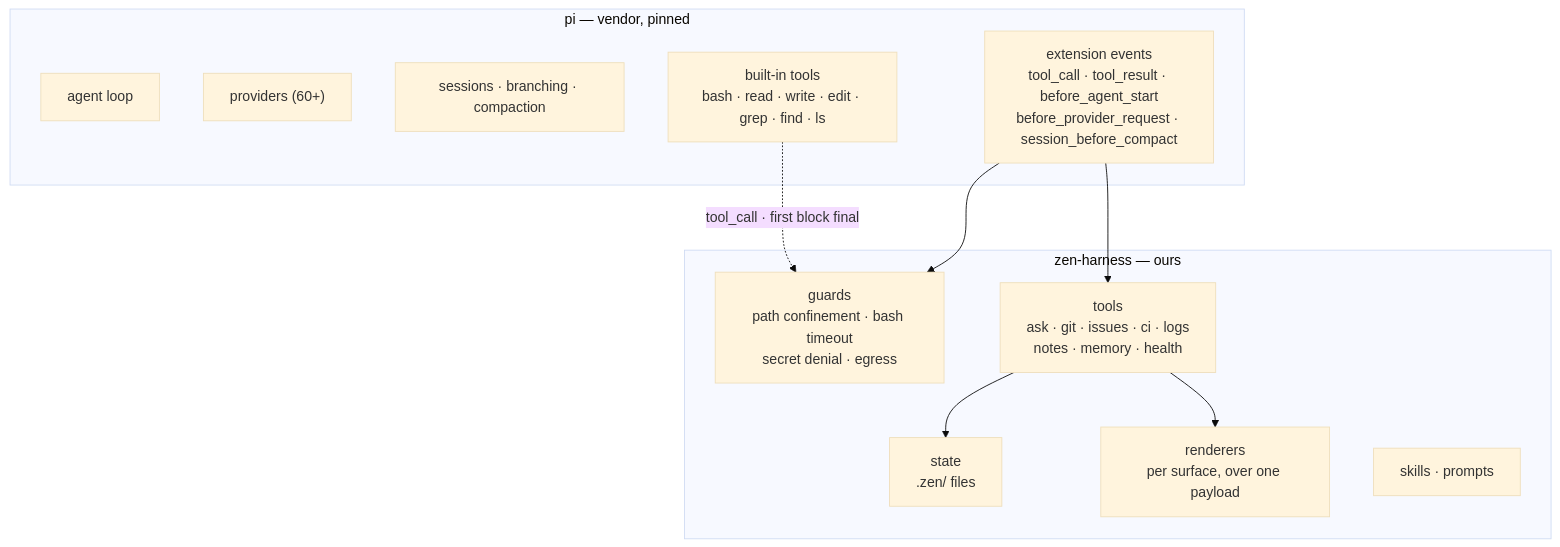
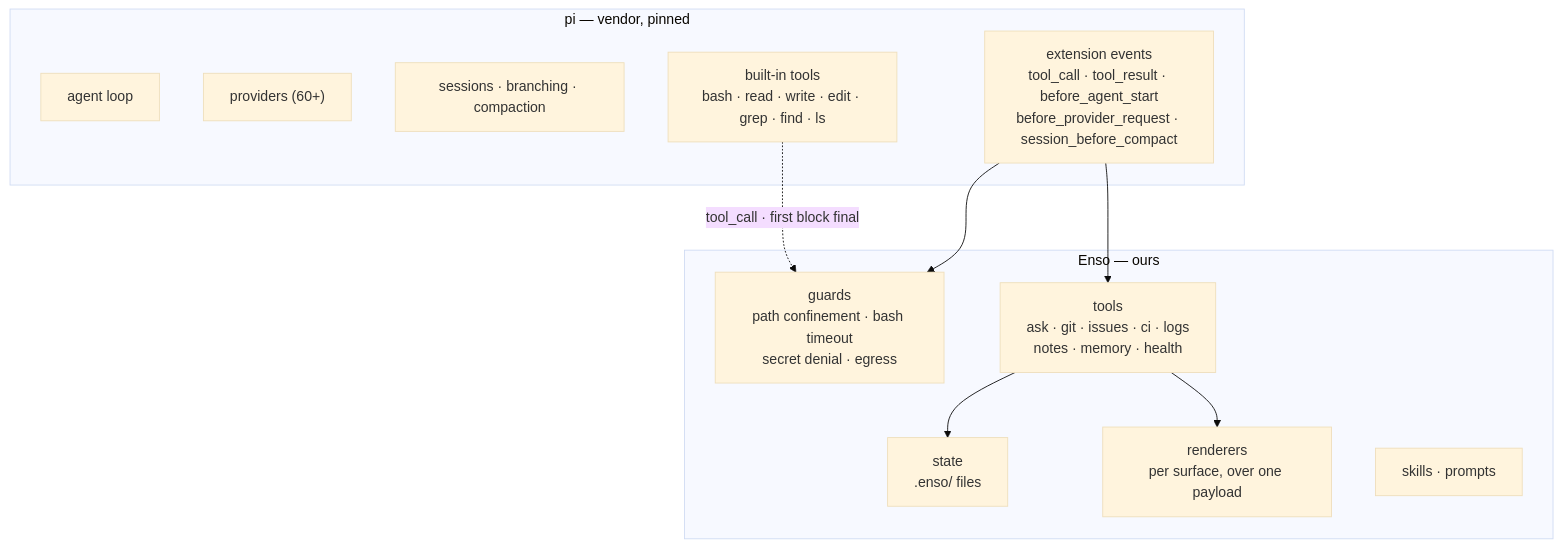
Before and after one commit to dopamine911/enso-harness: the second of 6 diagrams in docs/architecture.md, drawn with Mermaid (base theme). The commit also changed other lines of this file and 221 other files, not shown here.

First line of the commit message:
zen-harness is Enso

````diff
--- a/docs/architecture.md
+++ b/docs/architecture.md
@@ -76,24 +76,24 @@
 ```mermaid
 graph TB
   subgraph pi["pi — vendor, pinned"]
     L["agent loop"]
     P["providers (60+)"]
     S["sessions · branching · compaction"]
     BT["built-in tools<br/>bash · read · write · edit · grep · find · ls"]
     EV["extension events<br/>tool_call · tool_result · before_agent_start<br/>before_provider_request · session_before_compact"]
   end
 
-  subgraph zen["zen-harness — ours"]
+  subgraph Enso["Enso — ours"]
     G["guards<br/>path confinement · bash timeout<br/>secret denial · egress"]
     T["tools<br/>ask · git · issues · ci · logs<br/>notes · memory · health"]
     R["renderers<br/>per surface, over one payload"]
-    ST["state<br/>.zen/ files"]
+    ST["state<br/>.enso/ files"]
     SK["skills · prompts"]
   end
 
   EV --> G
   EV --> T
   BT -.->|"tool_call · first block final"| G
   T --> ST
   T --> R
 ```
````
